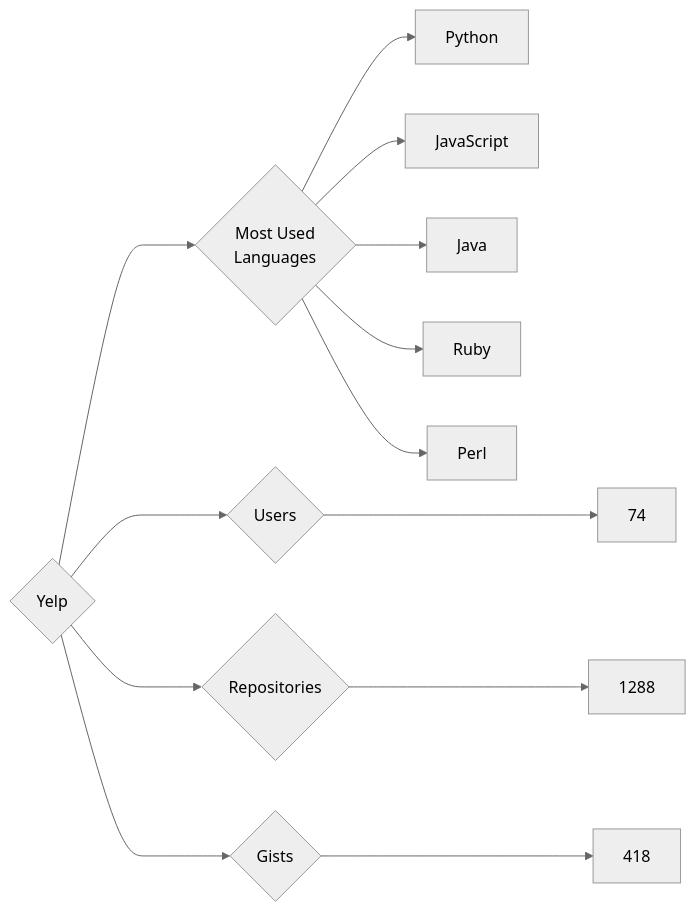
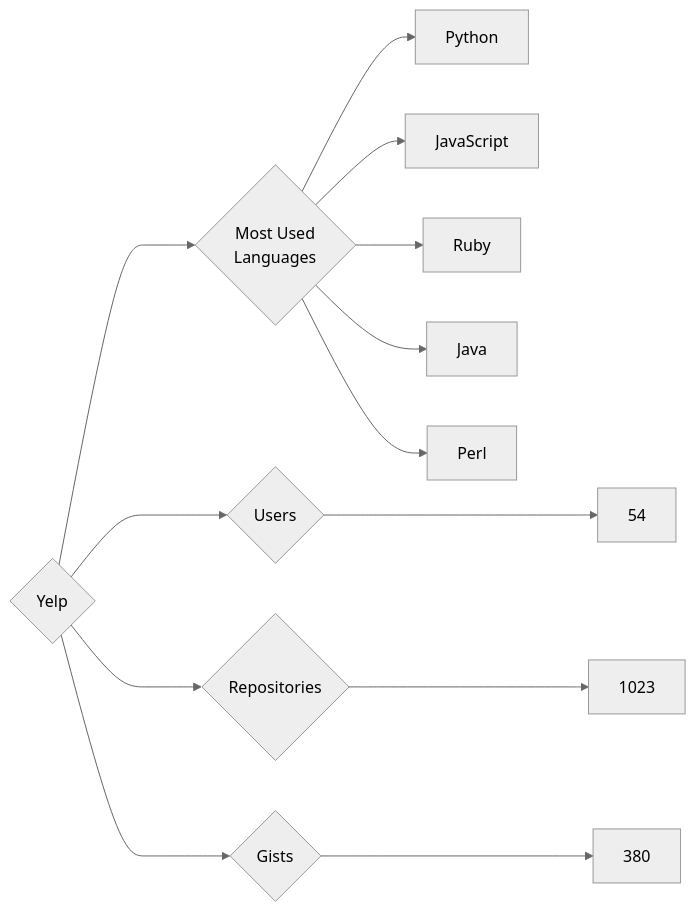
One commit to trickest/insiders changed the diagram in targets/Yelp/README.md. Above: the diagram before and after it, drawn with Mermaid (neutral theme). The commit also changed 973 other files, not shown here.

````diff
--- a/targets/Yelp/README.md
+++ b/targets/Yelp/README.md
@@ -3,13 +3,13 @@
 ```mermaid
 graph LR
 COMPANY_NAME{Yelp}
-COMPANY_NAME ---> U{Users} ---> UN[74]
-COMPANY_NAME ---> R{Repositories} ---> RN[1288]
-COMPANY_NAME ---> G{Gists} ---> GN[418]
+COMPANY_NAME ---> U{Users} ---> UN[54]
+COMPANY_NAME ---> R{Repositories} ---> RN[1023]
+COMPANY_NAME ---> G{Gists} ---> GN[380]
 COMPANY_NAME ---> ML{Most Used<br>Languages}
 ML --> Python[Python]
 ML --> JavaScript[JavaScript]
+ML --> Ruby[Ruby]
 ML --> Java[Java]
-ML --> Ruby[Ruby]
 ML --> Perl[Perl]
 ```
````
